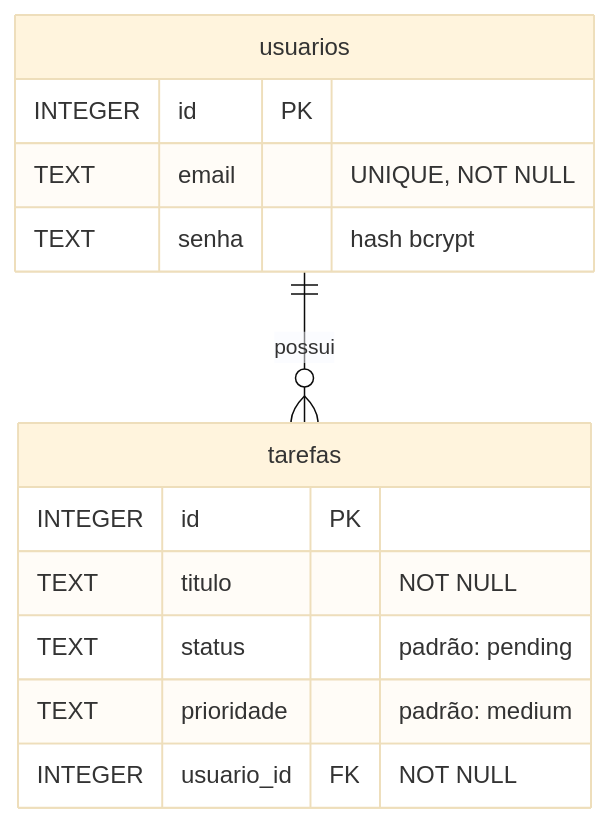
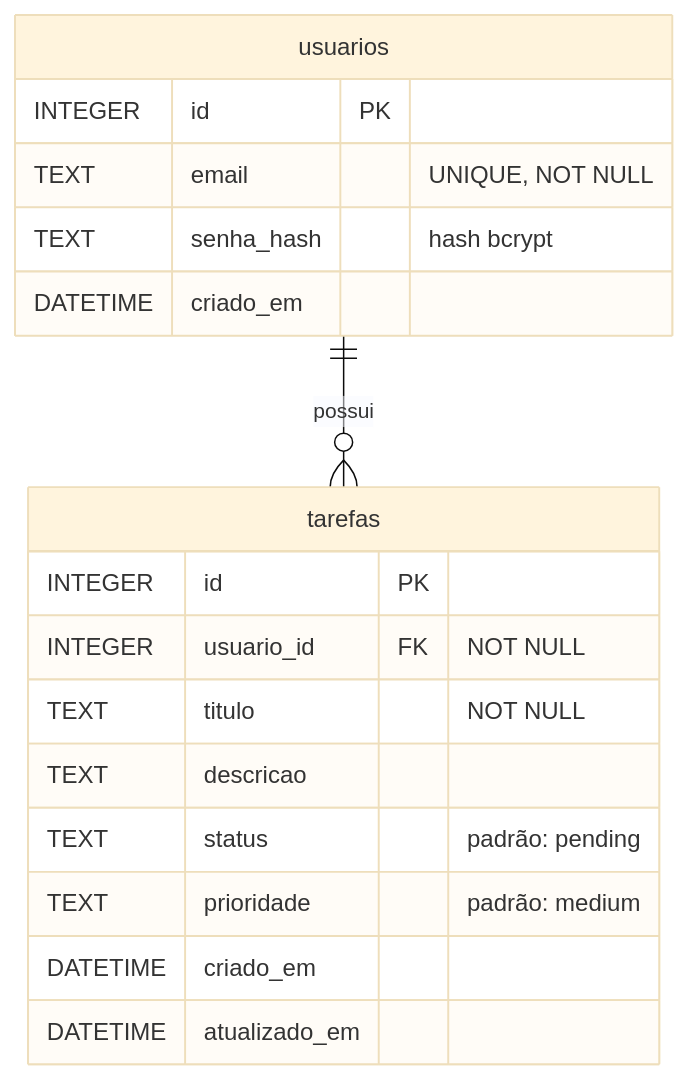
One commit to BlankSenai/DSW-repo changed the third of 3 diagrams in README.md. Above: the diagram before and after it, drawn with Mermaid (base theme). The commit also changed other lines of this file and 4 other files, not shown here.

````diff
--- a/README.md
+++ b/README.md
@@ -237,16 +312,20 @@
 ```mermaid
 erDiagram
     usuarios ||--o{ tarefas : "possui"
     usuarios {
         INTEGER id PK
         TEXT email "UNIQUE, NOT NULL"
-        TEXT senha "hash bcrypt"
+        TEXT senha_hash "hash bcrypt"
+        DATETIME criado_em
     }
     tarefas {
         INTEGER id PK
+        INTEGER usuario_id FK "NOT NULL"
         TEXT titulo "NOT NULL"
+        TEXT descricao
         TEXT status "padrão: pending"
         TEXT prioridade "padrão: medium"
-        INTEGER usuario_id FK "NOT NULL"
+        DATETIME criado_em
+        DATETIME atualizado_em
     }
 ```
````
